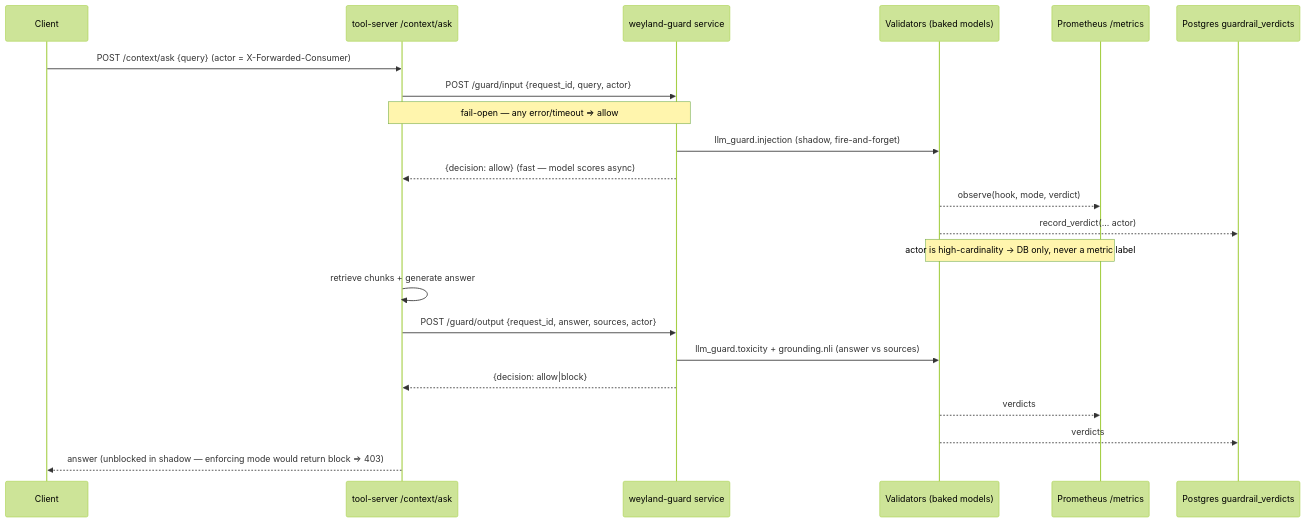
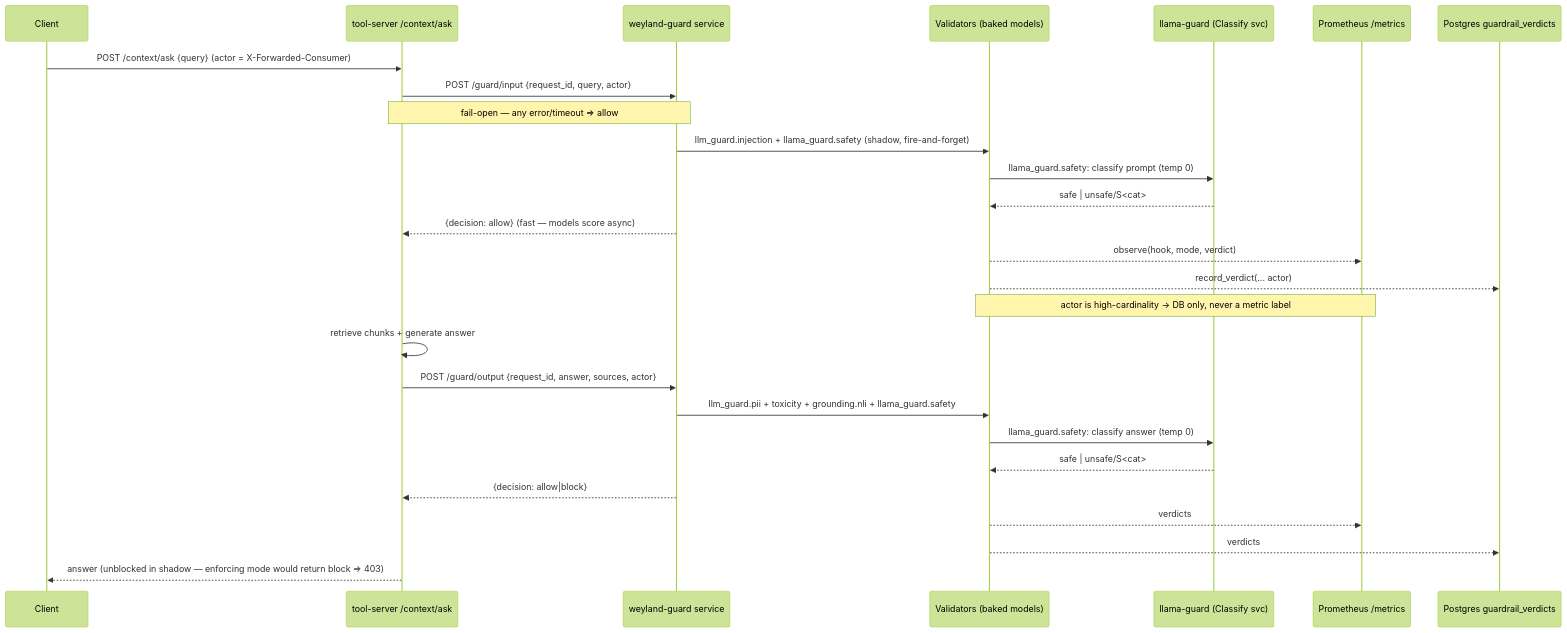
The diagram in docs/diagrams/flow-guardrails.md (edtbl76/weyland-lab), drawn with Mermaid (forest theme) before and after one commit. The commit also changed other lines of this file and 11 other files, not shown here.

Commit message:
Add B115 tier-2 Llama Guard 8B validation: verify on-demand GPU classifier with smoke tests, document tier-2 escalation pattern, add `gpu-docker` wrapper for native engine access, and update guardrails demos with Classify layer end-to-end verification

````diff
--- a/docs/diagrams/flow-guardrails.md
+++ b/docs/diagrams/flow-guardrails.md
@@ -11,24 +13,29 @@
 ```mermaid
 sequenceDiagram
     participant C as Client
     participant TS as tool-server /context/ask
     participant G as weyland-guard service
     participant V as Validators (baked models)
+    participant LG as llama-guard (Classify svc)
     participant PM as Prometheus /metrics
     participant PG as Postgres guardrail_verdicts
     C->>TS: POST /context/ask {query} (actor = X-Forwarded-Consumer)
     TS->>G: POST /guard/input {request_id, query, actor}
     Note over TS,G: fail-open — any error/timeout => allow
-    G->>V: llm_guard.injection (shadow, fire-and-forget)
-    G-->>TS: {decision: allow} (fast — model scores async)
+    G->>V: llm_guard.injection + llama_guard.safety (shadow, fire-and-forget)
+    V->>LG: llama_guard.safety: classify prompt (temp 0)
+    LG-->>V: safe | unsafe/S<cat>
+    G-->>TS: {decision: allow} (fast — models score async)
     V-->>PM: observe(hook, mode, verdict)
     V-->>PG: record_verdict(... actor)
     Note over V,PM: actor is high-cardinality -> DB only, never a metric label
     TS->>TS: retrieve chunks + generate answer
     TS->>G: POST /guard/output {request_id, answer, sources, actor}
-    G->>V: llm_guard.toxicity + grounding.nli (answer vs sources)
+    G->>V: llm_guard.pii + toxicity + grounding.nli + llama_guard.safety
+    V->>LG: llama_guard.safety: classify answer (temp 0)
+    LG-->>V: safe | unsafe/S<cat>
     G-->>TS: {decision: allow|block}
     V-->>PM: verdicts
     V-->>PG: verdicts
     TS-->>C: answer (unblocked in shadow — enforcing mode would return block => 403)
 ```
````
